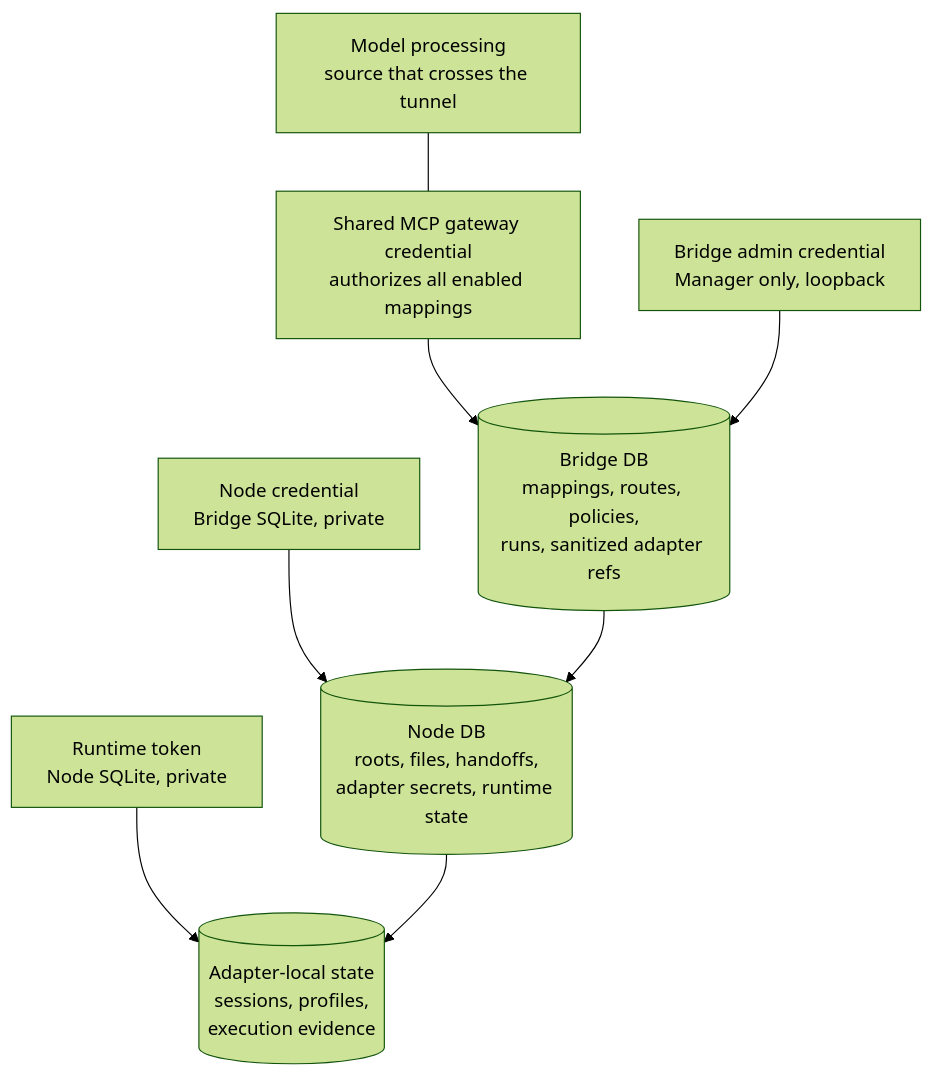
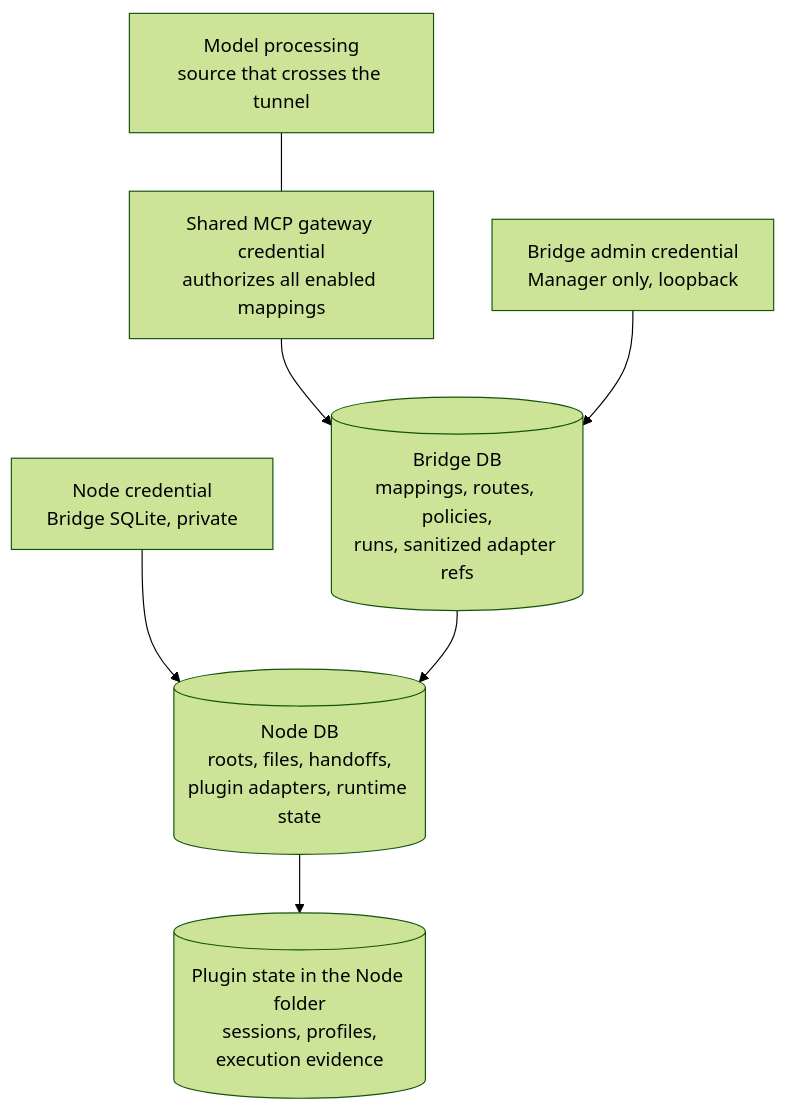
One commit to sheldonxxxx/workspace-bridge changed the third of 5 diagrams in docs/ARCHITECTURE.md. Above: the diagram before and after it, drawn with Mermaid (forest theme). The commit also changed other lines of this file and 66 other files, not shown here.

First line of the commit message:
Remove HTTP adapter services; agents run only as Node plugins

````diff
--- a/docs/ARCHITECTURE.md
+++ b/docs/ARCHITECTURE.md
@@ -132,17 +135,15 @@
 ```mermaid
 flowchart TB
     Internet["Model processing<br/>source that crosses the tunnel"]
     Gateway["Shared MCP gateway credential<br/>authorizes all enabled mappings"]
     Admin["Bridge admin credential<br/>Manager only, loopback"]
     NodeCred["Node credential<br/>Bridge SQLite, private"]
-    RuntimeTok["Runtime token<br/>Node SQLite, private"]
     BridgeDB[("Bridge DB<br/>mappings, routes, policies,<br/>runs, sanitized adapter refs")]
-    NodeDB[("Node DB<br/>roots, files, handoffs,<br/>adapter secrets, runtime state")]
-    AdapterState[("Adapter-local state<br/>sessions, profiles,<br/>execution evidence")]
+    NodeDB[("Node DB<br/>roots, files, handoffs,<br/>plugin adapters, runtime state")]
+    AdapterState[("Plugin state in the Node folder<br/>sessions, profiles,<br/>execution evidence")]
     Internet --- Gateway
     Gateway --> BridgeDB
     Admin --> BridgeDB
     NodeCred --> NodeDB
-    RuntimeTok --> AdapterState
     BridgeDB --> NodeDB --> AdapterState
 ```
````
